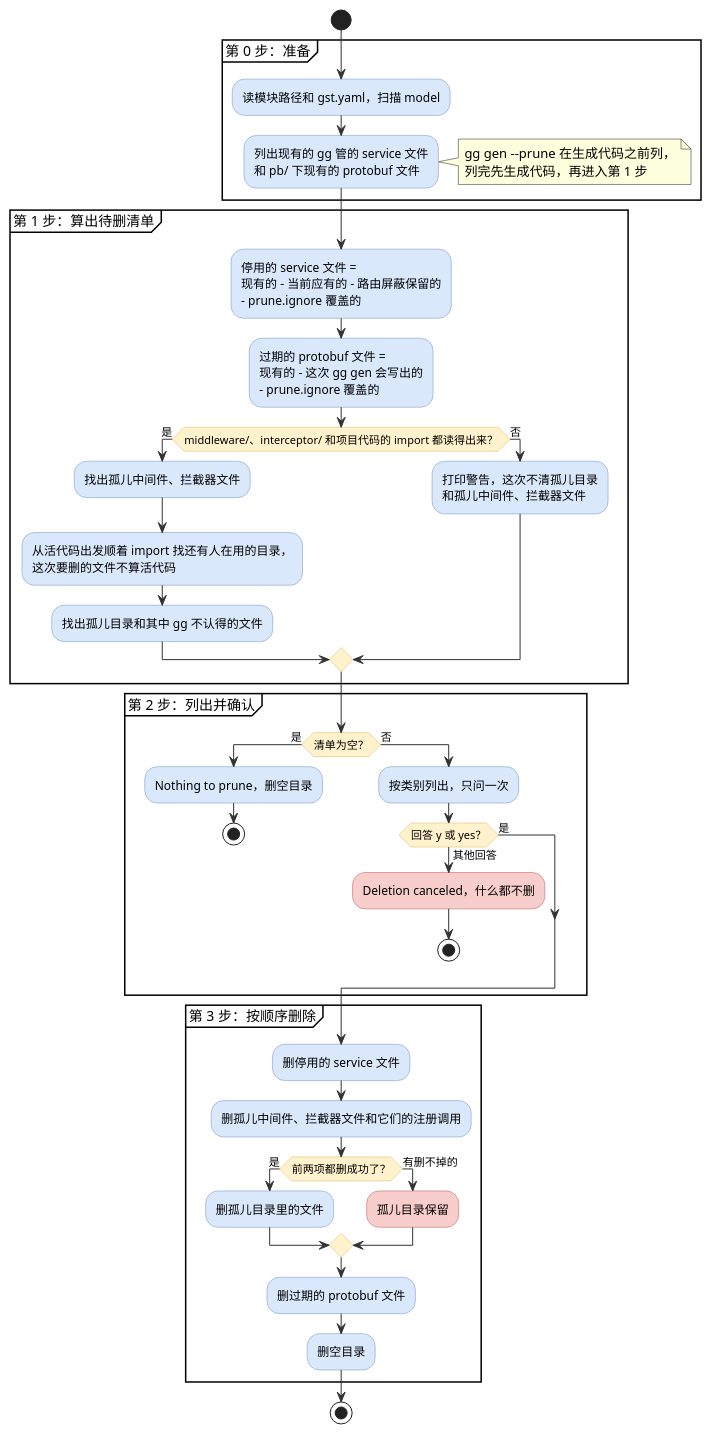
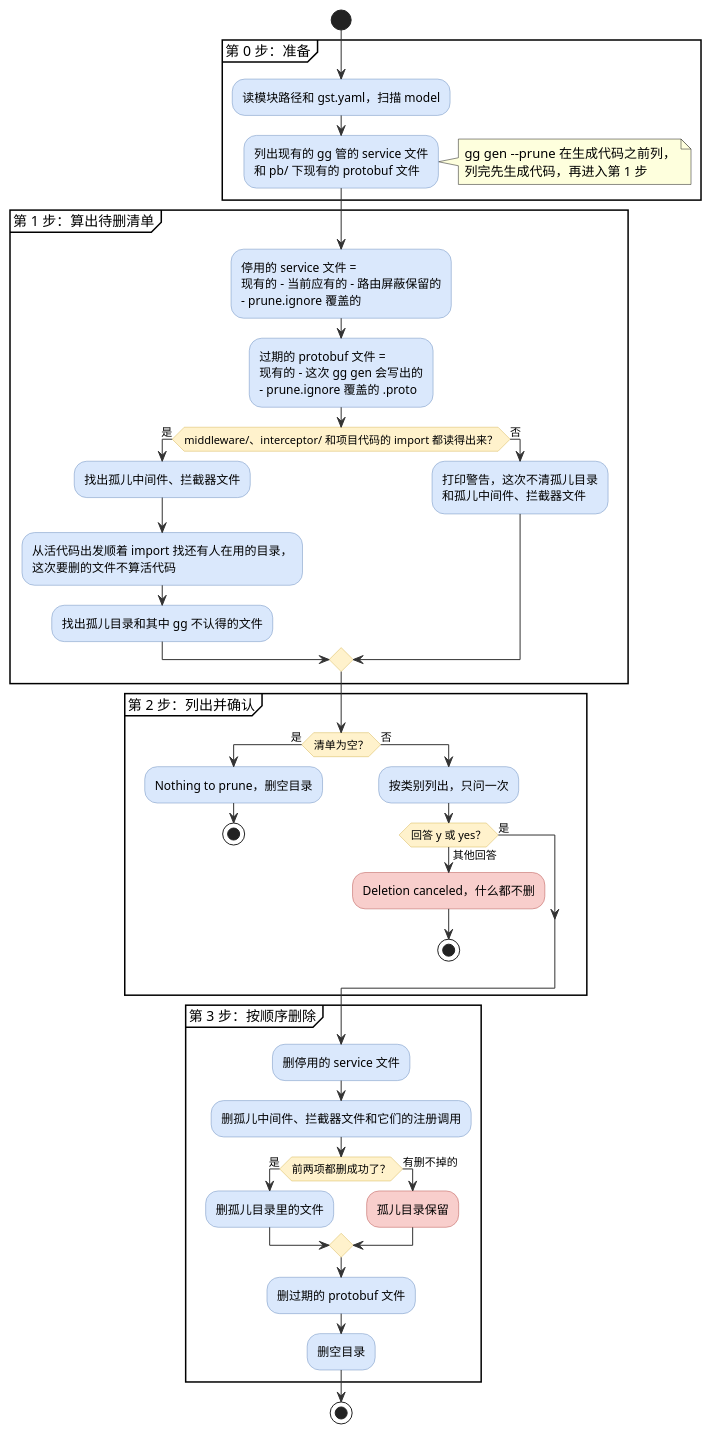
The first of 2 diagrams in cmd/gg/PRUNE.md (hydroan/gst), drawn with PlantUML before and after one commit. The commit also changed other lines of this file and 13 other files, not shown here.

First line of the commit message:
fix(gg)!: keep only the definitions under pb/ through prune.ignore

````diff
--- a/cmd/gg/PRUNE.md
+++ b/cmd/gg/PRUNE.md
@@ -19,66 +19,66 @@
 ```plantuml
 @startuml
 skinparam activity {
   BackgroundColor #dae8fc
   BorderColor #6c8ebf
   ArrowColor #333333
   DiamondBackgroundColor #fff2cc
   DiamondBorderColor #d6b656
   BackgroundColor<<cancel>> #f8cecc
   BorderColor<<cancel>> #b85450
 }
 
 start
 partition "第 0 步：准备" {
   :读模块路径和 gst.yaml，扫描 model;
   :列出现有的 gg 管的 service 文件
   和 pb/ 下现有的 protobuf 文件;
   note right
     gg gen --prune 在生成代码之前列，
     列完先生成代码，再进入第 1 步
   end note
 }
 partition "第 1 步：算出待删清单" {
   :停用的 service 文件 =
   现有的 - 当前应有的 - 路由屏蔽保留的
   - prune.ignore 覆盖的;
   :过期的 protobuf 文件 =
   现有的 - 这次 gg gen 会写出的
-  - prune.ignore 覆盖的;
+  - prune.ignore 覆盖的 .proto;
   if (middleware/、interceptor/ 和项目代码的 import 都读得出来？) then (是)
     :找出孤儿中间件、拦截器文件;
     :从活代码出发顺着 import 找还有人在用的目录，
     这次要删的文件不算活代码;
     :找出孤儿目录和其中 gg 不认得的文件;
   else (否)
     :打印警告，这次不清孤儿目录
     和孤儿中间件、拦截器文件;
   endif
 }
 partition "第 2 步：列出并确认" {
   if (清单为空？) then (是)
     :Nothing to prune，删空目录;
     stop
   else (否)
     :按类别列出，只问一次;
     if (回答 y 或 yes？) then (是)
     else (其他回答)
       :Deletion canceled，什么都不删; <<cancel>>
       stop
     endif
   endif
 }
 partition "第 3 步：按顺序删除" {
   :删停用的 service 文件;
   :删孤儿中间件、拦截器文件和它们的注册调用;
   if (前两项都删成功了？) then (是)
     :删孤儿目录里的文件;
   else (有删不掉的)
     :孤儿目录保留; <<cancel>>
   endif
   :删过期的 protobuf 文件;
   :删空目录;
 }
 stop
 @enduml
 ```
````
